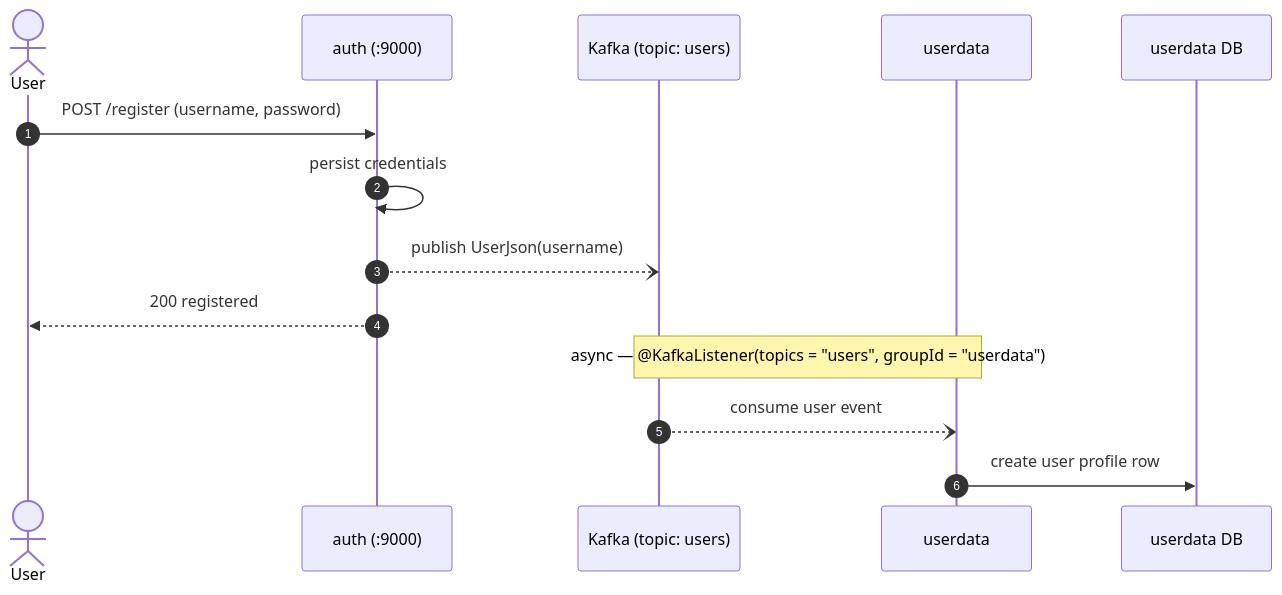
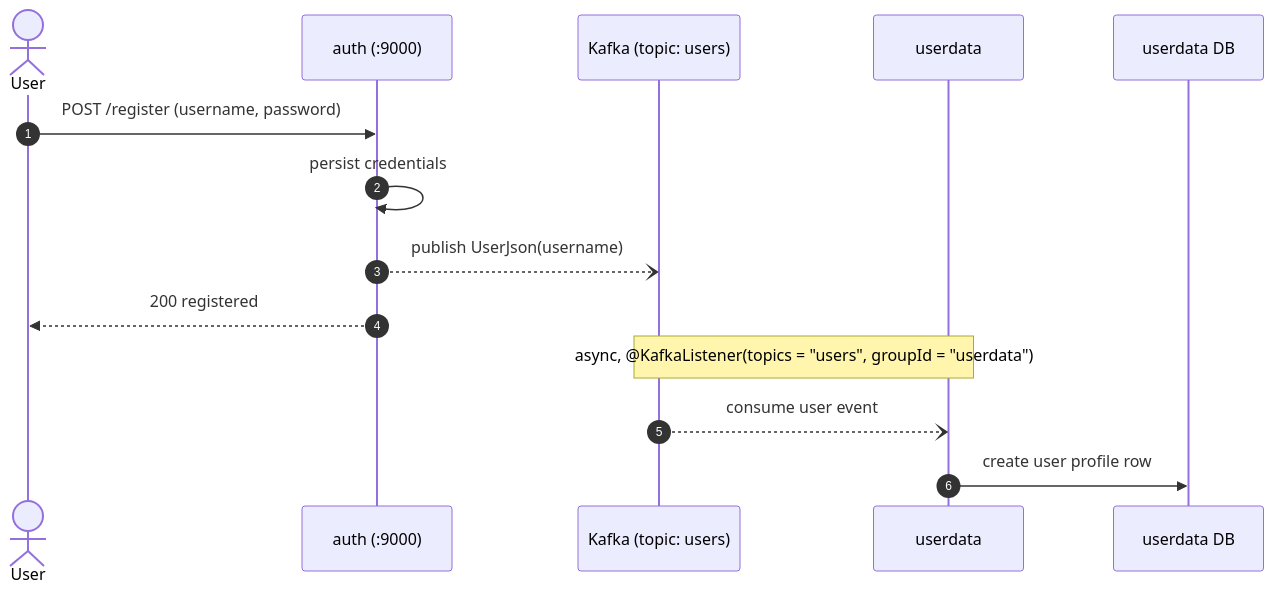
One commit to nelakov/rangiffler changed the diagram in README.md. Above: the diagram before and after it, drawn with Mermaid. The commit also changed other lines of this file, not shown here.

````diff
--- a/README.md
+++ b/README.md
@@ -91,17 +91,17 @@
 ```mermaid
 sequenceDiagram
     autonumber
     actor U as User
     participant AUTH as auth (:9000)
     participant K as Kafka (topic: users)
     participant UD as userdata
     participant DB as userdata DB
 
     U->>AUTH: POST /register (username, password)
     AUTH->>AUTH: persist credentials
     AUTH--)K: publish UserJson(username)
     AUTH-->>U: 200 registered
-    Note over K,UD: async — @KafkaListener(topics = "users", groupId = "userdata")
+    Note over K,UD: async, @KafkaListener(topics = "users", groupId = "userdata")
     K--)UD: consume user event
     UD->>DB: create user profile row
 ```
````
